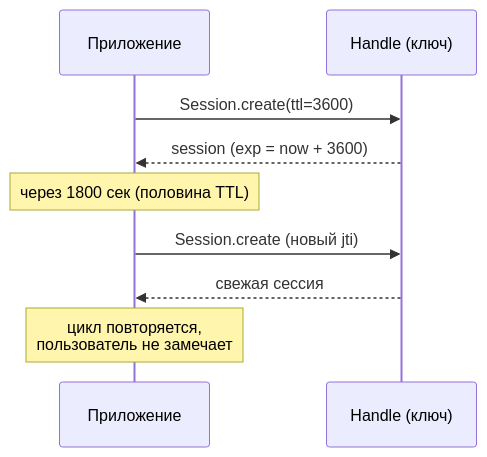
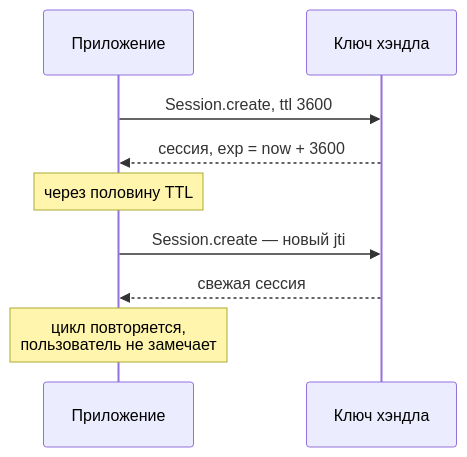
Before and after one commit to me2em-org/me2em-website: the second of 2 diagrams in src/content/blog/ru/stateless-sessions-no-database.md, drawn with Mermaid. The commit also changed other lines of this file and 13 other files, not shown here.

````diff
--- a/src/content/blog/ru/stateless-sessions-no-database.md
+++ b/src/content/blog/ru/stateless-sessions-no-database.md
@@ -127,11 +131,11 @@
 ```mermaid
 sequenceDiagram
     participant App as Приложение
-    participant Handle as Handle (ключ)
-    App->>Handle: Session.create(ttl=3600)
-    Handle-->>App: session (exp = now + 3600)
-    Note over App: через 1800 сек (половина TTL)
-    App->>Handle: Session.create (новый jti)
-    Handle-->>App: свежая сессия
+    participant K as Ключ хэндла
+    App->>K: Session.create, ttl 3600
+    K-->>App: сессия, exp = now + 3600
+    Note over App: через половину TTL
+    App->>K: Session.create — новый jti
+    K-->>App: свежая сессия
     Note over App: цикл повторяется,<br/>пользователь не замечает
 ```
````
